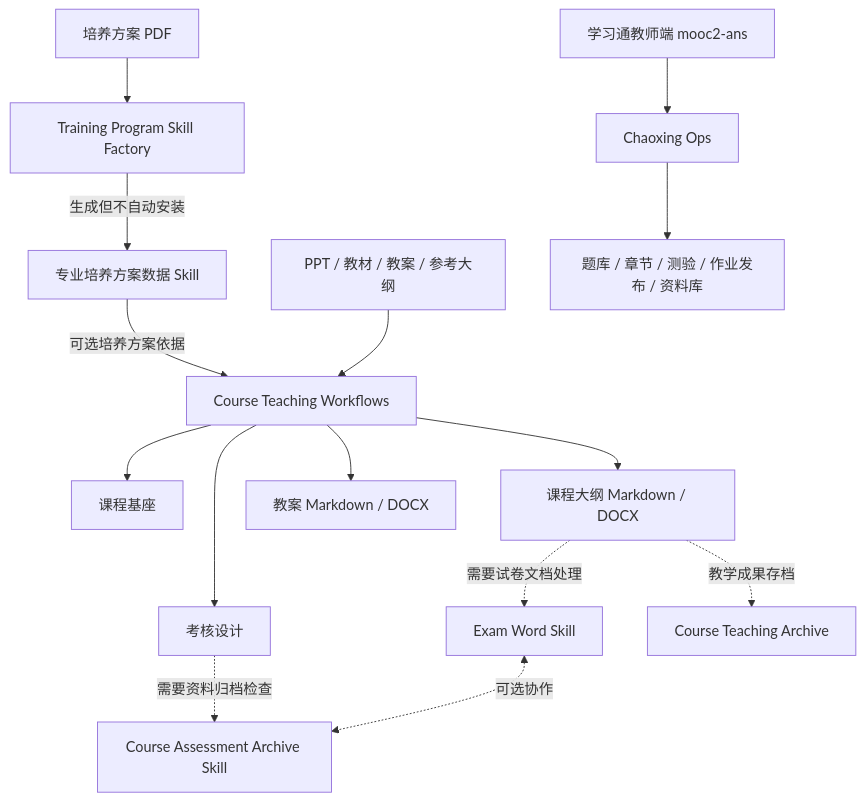
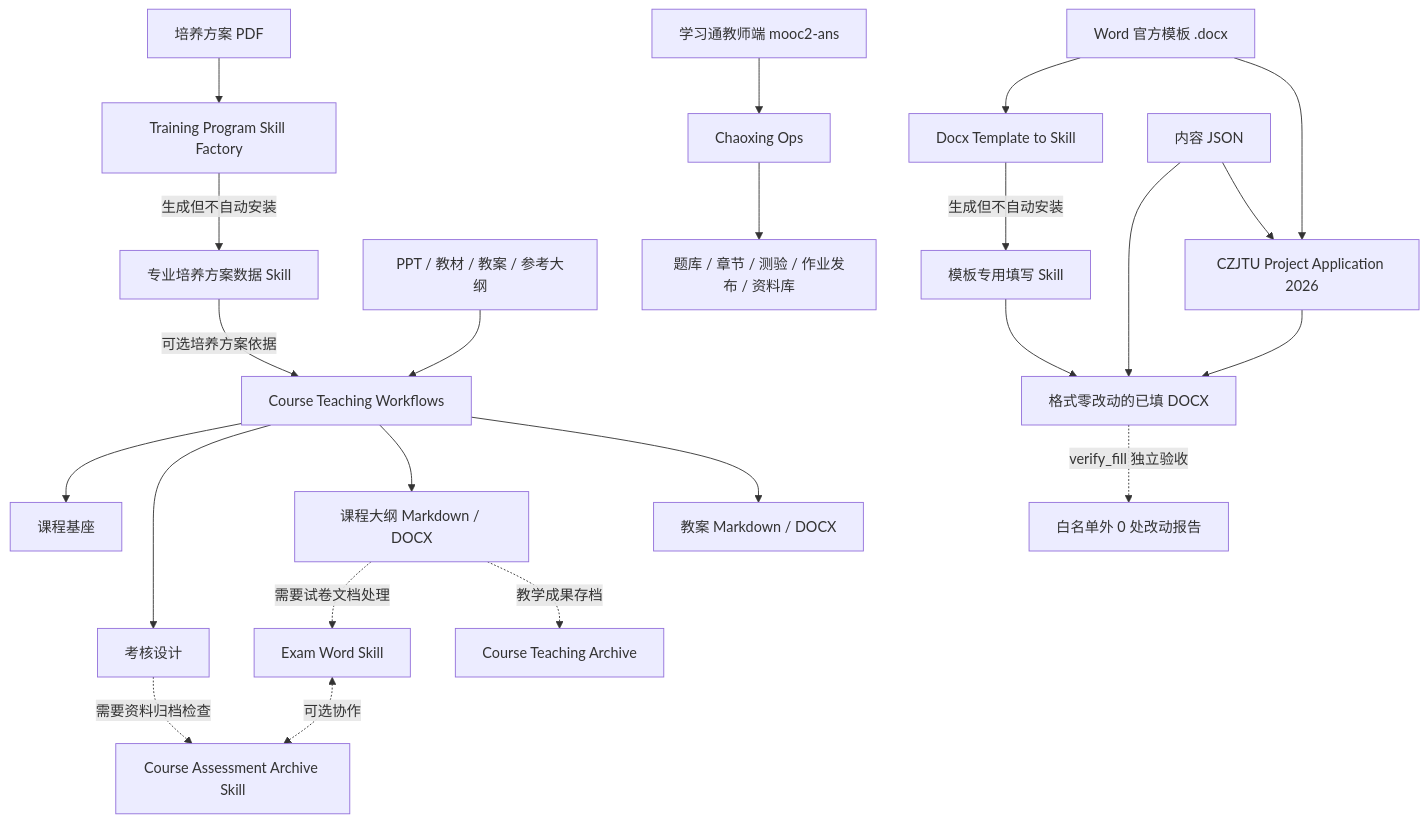
The diagram in profile/README.md (Teaching-Works-Lab/.github), drawn with Mermaid before and after one commit. The commit also changed other lines of this file, not shown here.

Commit message:
docs: 关系图与显式调用清单补入 Word 模板填写两个 Skill

````diff
--- a/profile/README.md
+++ b/profile/README.md
@@ -24,17 +24,25 @@
 ```mermaid
 flowchart TD
     A[培养方案 PDF] --> B[Training Program Skill Factory]
     B -->|生成但不自动安装| C[专业培养方案数据 Skill]
     C -->|可选培养方案依据| D[Course Teaching Workflows]
     E[PPT / 教材 / 教案 / 参考大纲] --> D
     D --> F[课程基座]
     D --> G[考核设计]
     D --> H[课程大纲 Markdown / DOCX]
     D --> K[教案 Markdown / DOCX]
     H -.需要试卷文档处理.-> I[Exam Word Skill]
     G -.需要资料归档检查.-> J[Course Assessment Archive Skill]
     I <-.可选协作.-> J
     H -.教学成果存档.-> L[Course Teaching Archive]
     M[学习通教师端 mooc2-ans] --> N[Chaoxing Ops]
     N --> O[题库 / 章节 / 测验 / 作业发布 / 资料库]
+    P[Word 官方模板 .docx] --> Q[Docx Template to Skill]
+    Q -->|生成但不自动安装| R[模板专用填写 Skill]
+    T[内容 JSON] --> S[格式零改动的已填 DOCX]
+    P --> V[CZJTU Project Application 2026]
+    R --> S
+    T --> V
+    V --> S
+    S -.verify_fill 独立验收.-> U[白名单外 0 处改动报告]
 ```
````
